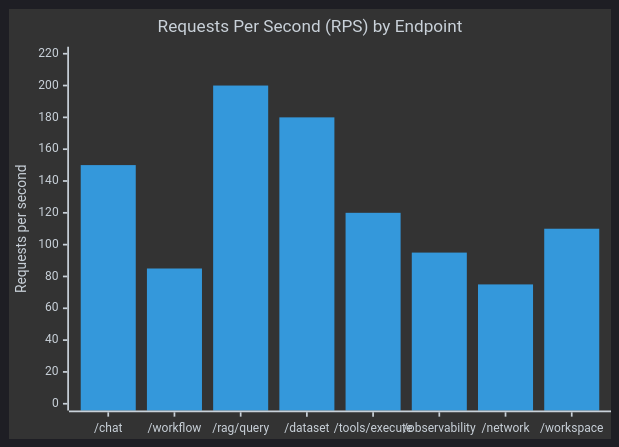
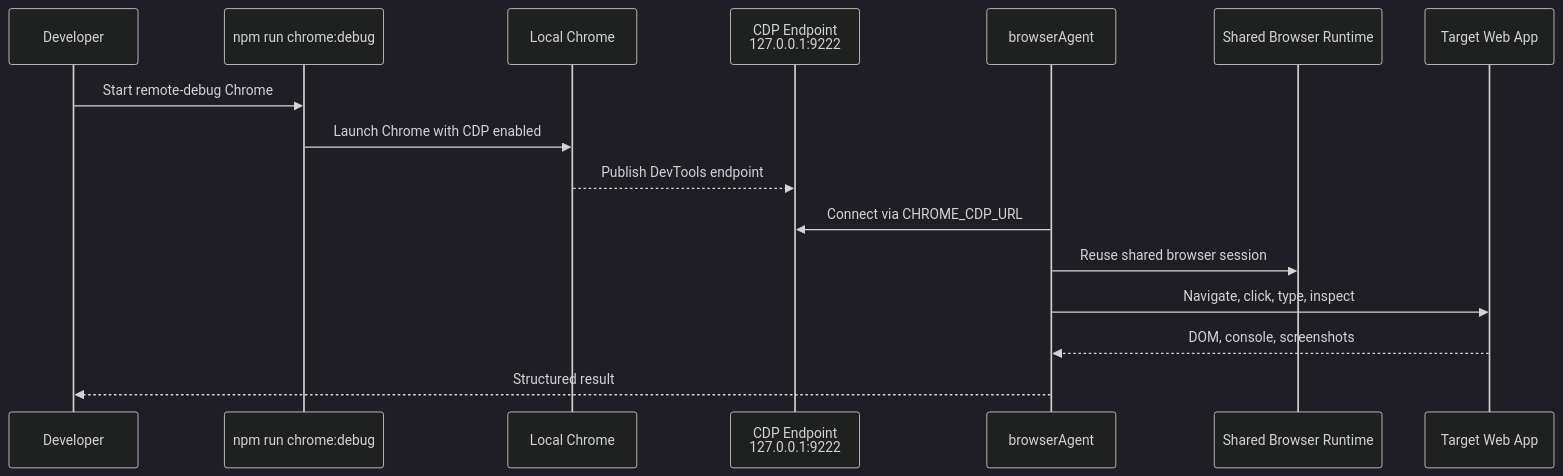
One commit to ssdeanx/AgentStack changed the seventh of 10 diagrams in README.md. Above: the diagram before and after it, drawn with Mermaid. The commit also changed other lines of this file and 54 other files, not shown here.

````diff
--- a/README.md
+++ b/README.md
@@ -1473,8 +1477,20 @@
 ```mermaid
 %%{init: {'theme': 'dark', 'themeVariables': { 'primaryColor': '#58a6ff', 'primaryTextColor': '#c9d1d9', 'primaryBorderColor': '#30363d', 'lineColor': '#58a6ff', 'sectionBkgColor': '#161b22', 'altSectionBkgColor': '#0d1117', 'sectionTextColor': '#c9d1d9', 'gridColor': '#30363d', 'tertiaryColor': '#161b22' }}}%%
-xychart-beta
-  title "Requests Per Second (RPS) by Endpoint"
-  x-axis ["/chat", "/workflow", "/rag/query", "/dataset", "/tools/execute", "/observability", "/network", "/workspace"]
-  y-axis "Requests per second" 0 --> 220
-  bar [150, 85, 200, 180, 120, 95, 75, 110]
+sequenceDiagram
+  participant Dev as Developer
+  participant Script as npm run chrome:debug
+  participant Chrome as Local Chrome
+  participant CDP as CDP Endpoint<br/>127.0.0.1:9222
+  participant BrowserAgent as browserAgent
+  participant Browser as Shared Browser Runtime
+  participant App as Target Web App
+
+  Dev->>Script: Start remote-debug Chrome
+  Script->>Chrome: Launch Chrome with CDP enabled
+  Chrome-->>CDP: Publish DevTools endpoint
+  BrowserAgent->>CDP: Connect via CHROME_CDP_URL
+  BrowserAgent->>Browser: Reuse shared browser session
+  BrowserAgent->>App: Navigate, click, type, inspect
+  App-->>BrowserAgent: DOM, console, screenshots
+  BrowserAgent-->>Dev: Structured result
 ```
````
